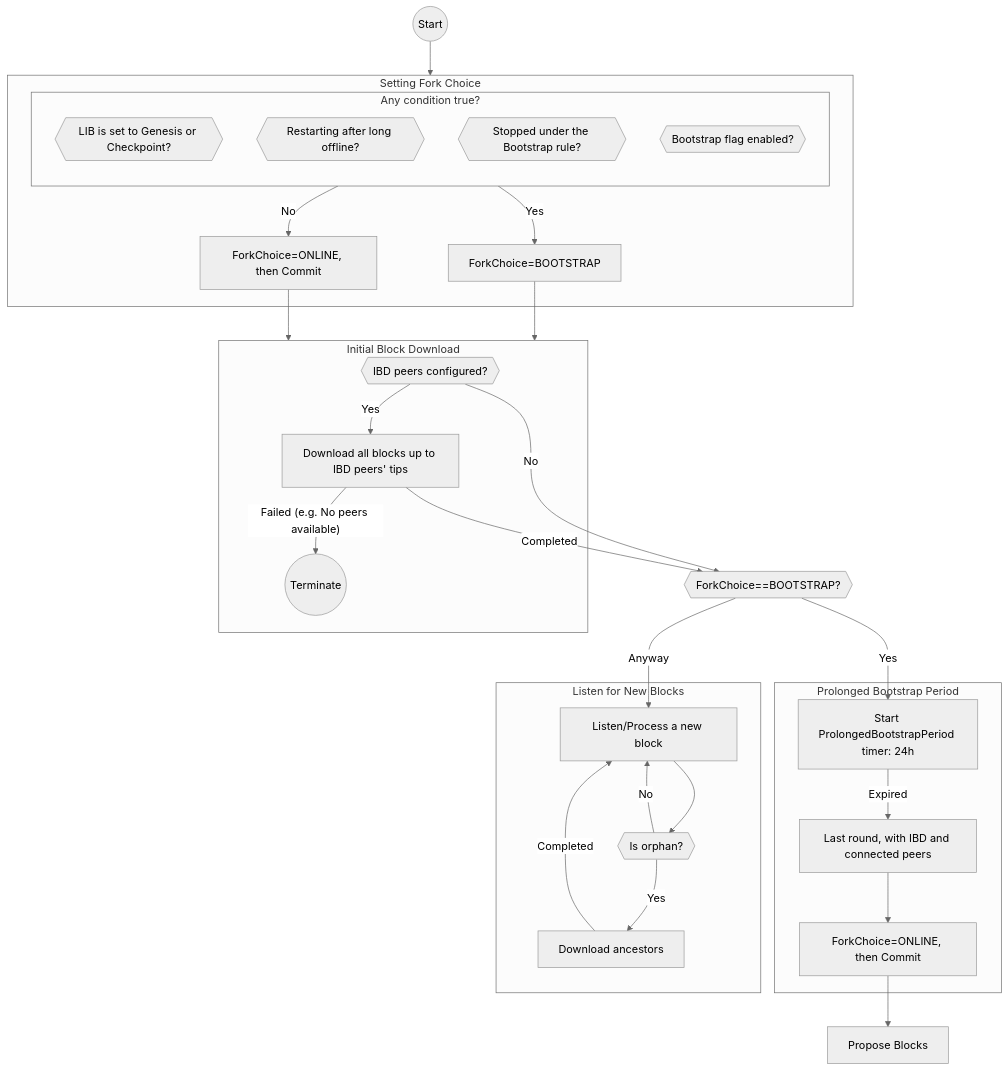
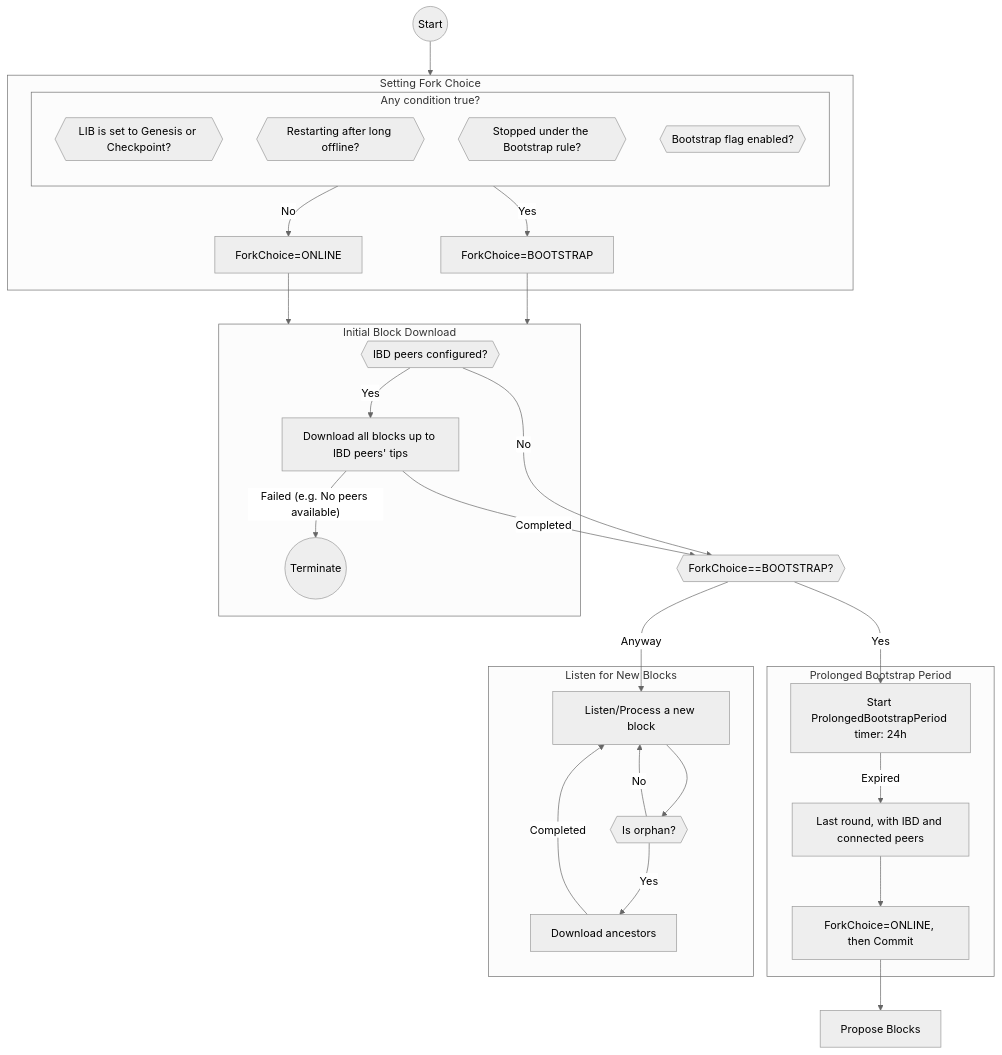
The first of 2 diagrams in docs/blockchain/raw/cryptarchia-v1-bootstr-sync.md (logos-co/logos-lips), drawn with Mermaid (neutral theme) before and after one commit. The commit also changed other lines of this file and 1 other file, not shown here.

First line of the commit message:
docs(blockchain): store the tip, B_imm and the fork choice rule together, and bootstrap when the time offline is unknown

````diff
--- a/docs/blockchain/raw/cryptarchia-v1-bootstr-sync.md
+++ b/docs/blockchain/raw/cryptarchia-v1-bootstr-sync.md
@@ -58,37 +58,37 @@
 ```mermaid
 flowchart TD
     Start@{shape: circle, label: "Start"} --> SettingForkChoice
     subgraph SettingForkChoice[Setting Fork Choice]
         subgraph CheckBoostrap[Any condition true?]
             direction TB
             Cond1{{LIB is set to Genesis or Checkpoint?}}
             Cond2{{Restarting after long offline?}}
             Cond3{{Stopped under the Bootstrap rule?}}
             Cond4{{Bootstrap flag enabled?}}
         end
     CheckBoostrap -->|Yes| SetBootstrap[ForkChoice=BOOTSTRAP]
-    CheckBoostrap -->|No| SetOnline["ForkChoice=ONLINE, then Commit"]
+    CheckBoostrap -->|No| SetOnline[ForkChoice=ONLINE]
     end
 
     SetBootstrap --> IBD
     SetOnline --> IBD
     subgraph IBD[Initial Block Download]
       IBDPeersConfigured{{IBD peers configured?}} --> |Yes|DownloadUpToTips
         DownloadUpToTips[Download all blocks up to IBD peers' tips] --> |"Failed (e.g. No peers available)"| Terminate@{shape: circle, label: "Terminate"}
     end
     IBDPeersConfigured --> |No|IsBootstrapRule
     DownloadUpToTips -->|Completed|IsBootstrapRule
     IsBootstrapRule{{ForkChoice==BOOTSTRAP?}}
     IsBootstrapRule -->|Yes|StartBootstrapPeriod
     IsBootstrapRule -->|Anyway|NewBlocks
     subgraph Prolonged Bootstrap Period
         StartBootstrapPeriod[Start ProlongedBootstrapPeriod timer: 24h] --> |Expired|LastRound[Last round, with IBD and connected peers] --> SetOnlineAfterBootstrap["ForkChoice=ONLINE, then Commit"]
     end
     SetOnlineAfterBootstrap --> ProposeBlocks[Propose Blocks]
     subgraph ListenNewBlocks[Listen for New Blocks]
         NewBlocks[Listen/Process a new block] --> CheckOrphan{{Is orphan?}}
         CheckOrphan -->|Yes| HandleOrphan[Download ancestors]
         CheckOrphan -->|No| NewBlocks
         HandleOrphan --> |Completed|NewBlocks
     end
 ```
````
